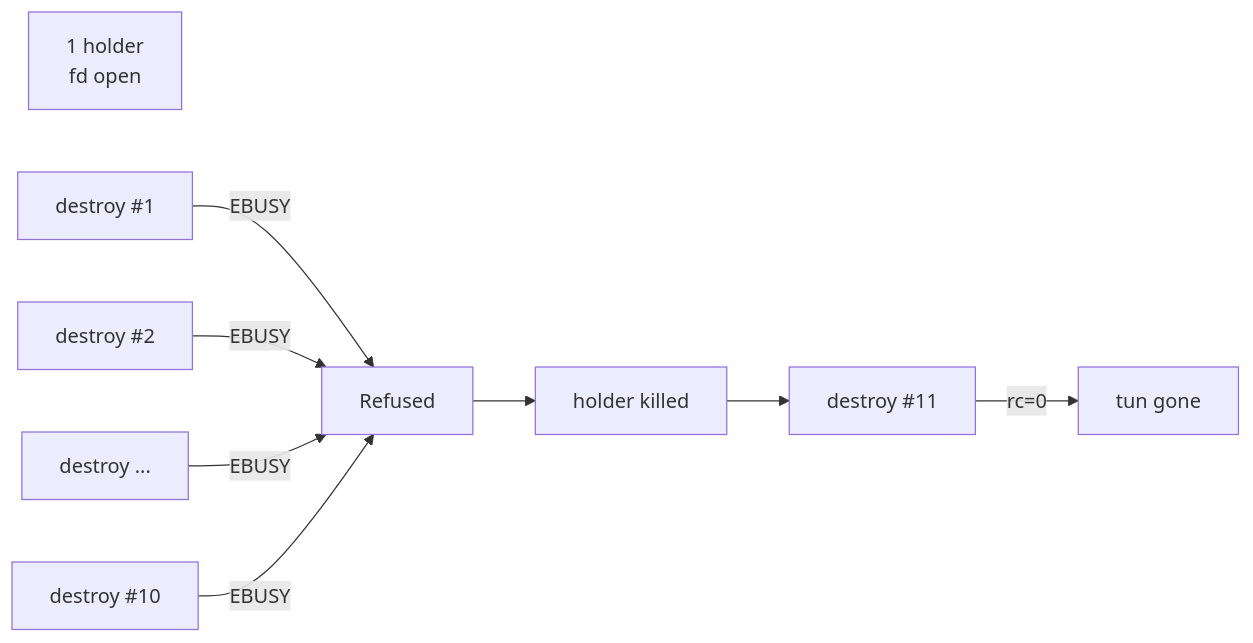
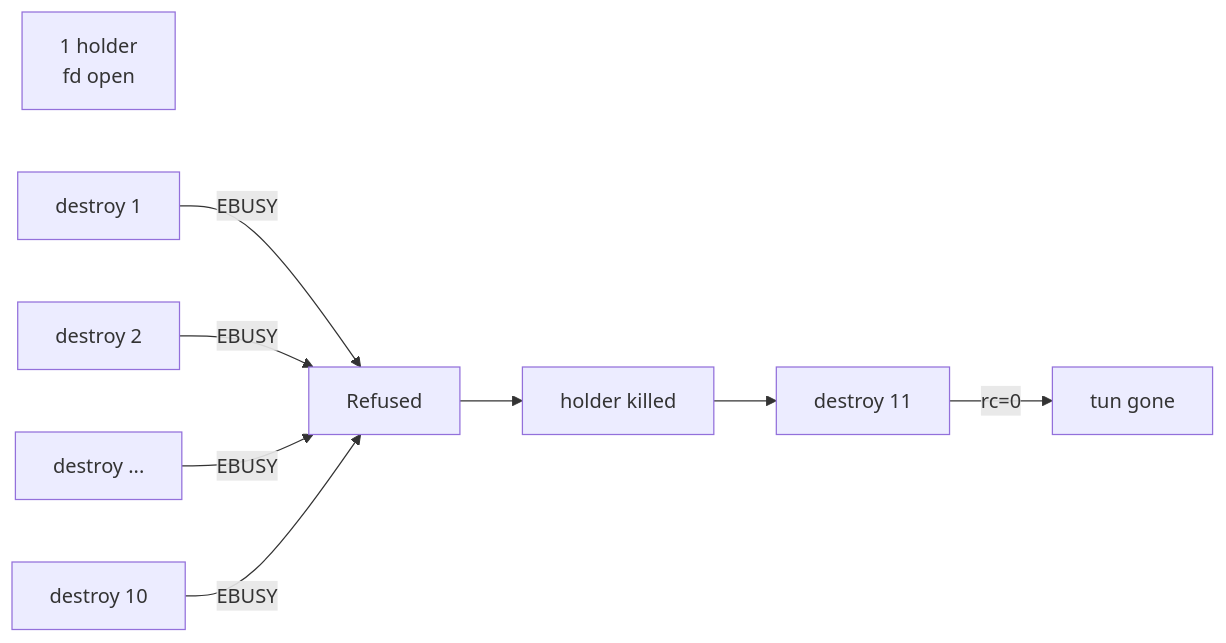
Before and after one commit to ocochard/myscripts: the sixth of 6 diagrams in FreeBSD/doc/tun_destroy_deadlock_case_study.md, drawn with Mermaid. The commit also changed other lines of this file, not shown here.

First line of the commit message:
tun_destroy case study: fix mermaid rendering on GitHub, drop hostname

````diff
--- a/FreeBSD/doc/tun_destroy_deadlock_case_study.md
+++ b/FreeBSD/doc/tun_destroy_deadlock_case_study.md
@@ -758,10 +758,10 @@
 ```mermaid
 flowchart LR
-    H[1 holder<br/>fd open]
-    P1[destroy #1] -->|EBUSY| R[Refused]
-    P2[destroy #2] -->|EBUSY| R
-    P3[destroy ...] -->|EBUSY| R
-    P10[destroy #10] -->|EBUSY| R
+    H["1 holder<br/>fd open"]
+    P1["destroy 1"] -->|EBUSY| R[Refused]
+    P2["destroy 2"] -->|EBUSY| R
+    P3["destroy ..."] -->|EBUSY| R
+    P10["destroy 10"] -->|EBUSY| R
     R --> K[holder killed]
-    K --> D[destroy #11] -->|rc=0| OK[tun gone]
+    K --> D["destroy 11"] -->|rc=0| OK[tun gone]
 ```
````
